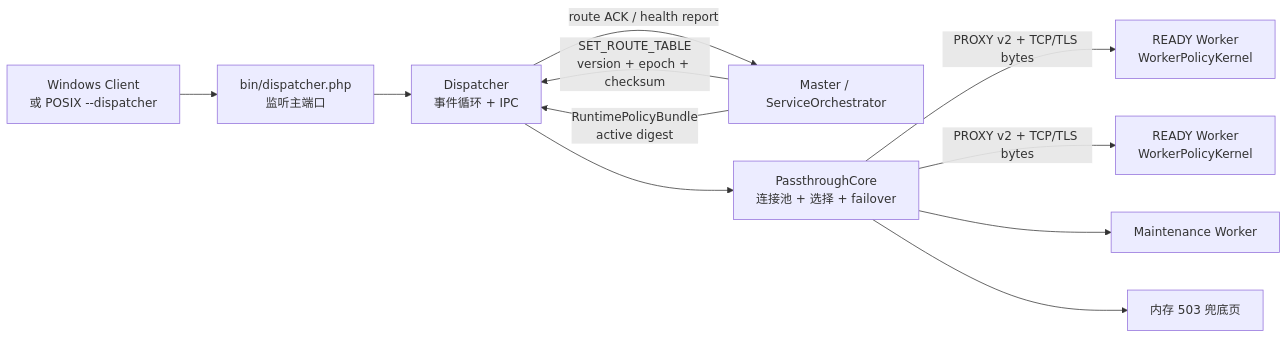
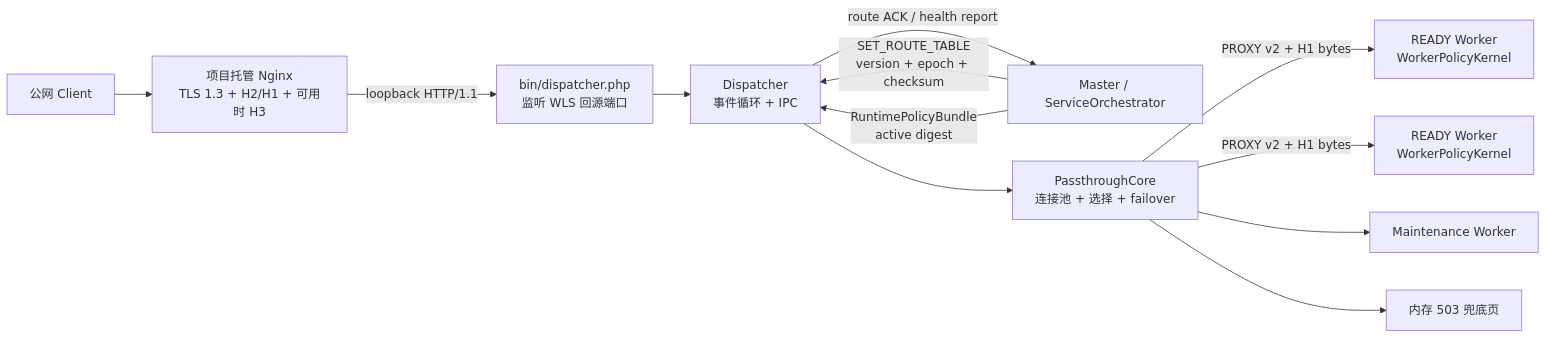
The first of 3 diagrams in app/code/Weline/Server/doc/Dispatcher分流架构设计.md (Aiweline/WelineFramework), drawn with Mermaid before and after one commit. The commit also changed other lines of this file and 243 other files, not shown here.

Commit message:
feat(wls): 完成 Nginx-only 跨平台运行时重构

````diff
--- a/app/code/Weline/Server/doc/Dispatcher分流架构设计.md
+++ b/app/code/Weline/Server/doc/Dispatcher分流架构设计.md
@@ -11,13 +13,14 @@
 ```mermaid
 flowchart LR
-  CLIENT["Windows Client\n或 POSIX --dispatcher"] --> ENTRY["bin/dispatcher.php\n监听主端口"]
+  CLIENT["公网 Client"] --> NGINX["项目托管 Nginx\nTLS 1.3 + H2/H1 + 可用时 H3"]
+  NGINX -->|"loopback HTTP/1.1"| ENTRY["bin/dispatcher.php\n监听 WLS 回源端口"]
   ENTRY --> DISP["Dispatcher\n事件循环 + IPC"]
   MASTER["Master / ServiceOrchestrator"] -->|"SET_ROUTE_TABLE\nversion + epoch + checksum"| DISP
   MASTER -->|"RuntimePolicyBundle\nactive digest"| DISP
   DISP --> CORE["PassthroughCore\n连接池 + 选择 + failover"]
-  CORE -->|"PROXY v2 + TCP/TLS bytes"| W1["READY Worker\nWorkerPolicyKernel"]
-  CORE -->|"PROXY v2 + TCP/TLS bytes"| W2["READY Worker\nWorkerPolicyKernel"]
+  CORE -->|"PROXY v2 + H1 bytes"| W1["READY Worker\nWorkerPolicyKernel"]
+  CORE -->|"PROXY v2 + H1 bytes"| W2["READY Worker\nWorkerPolicyKernel"]
   CORE --> MW["Maintenance Worker"]
   CORE --> FALLBACK["内存 503 兜底页"]
   DISP -->|"route ACK / health report"| MASTER
 ```
````
